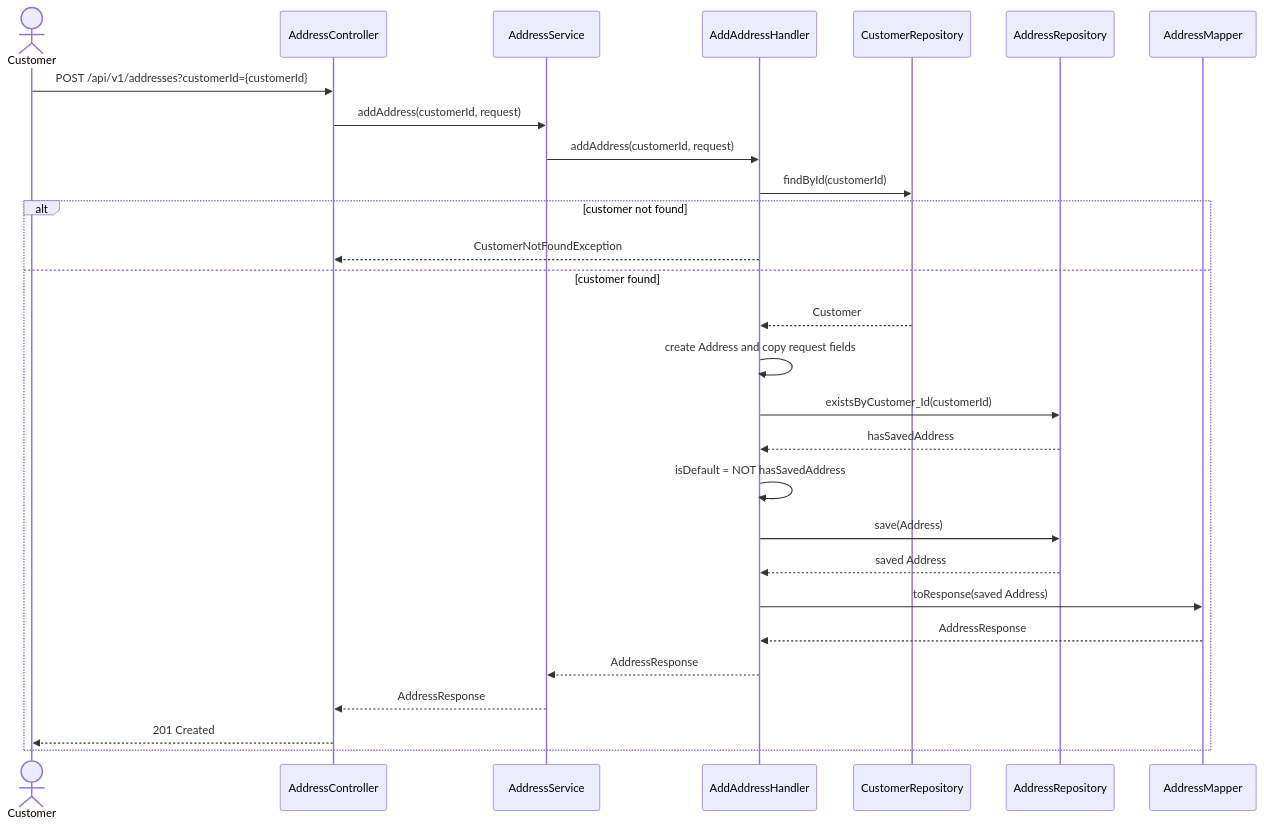
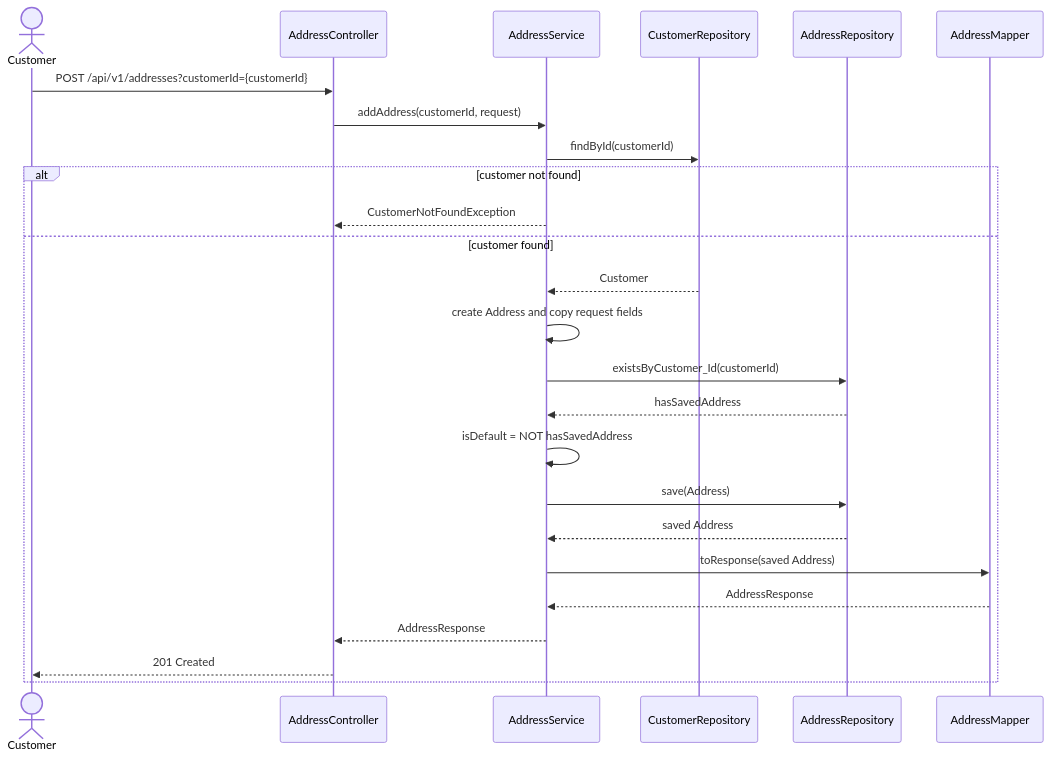
Before and after one commit to msmohammed0077-cmd/mentorship-restaurant: the first of 5 diagrams in restaurant/.docs/use-cases/customer-management/address-management/sequence-diagrams.md, drawn with Mermaid. The commit also changed other lines of this file and 14 other files, not shown here.

````diff
--- a/restaurant/.docs/use-cases/customer-management/address-management/sequence-diagrams.md
+++ b/restaurant/.docs/use-cases/customer-management/address-management/sequence-diagrams.md
@@ -7,31 +7,28 @@
 ```mermaid
 sequenceDiagram
     actor Customer
     participant C as AddressController
-    participant S as AddressService
-    participant H as AddAddressHandler
+    participant H as AddressService
     participant Customers as CustomerRepository
     participant Addresses as AddressRepository
     participant M as AddressMapper
 
     Customer->>C: POST /api/v1/addresses?customerId={customerId}
-    C->>S: addAddress(customerId, request)
-    S->>H: addAddress(customerId, request)
+    C->>H: addAddress(customerId, request)
     H->>Customers: findById(customerId)
     alt customer not found
         H-->>C: CustomerNotFoundException
     else customer found
         Customers-->>H: Customer
         H->>H: create Address and copy request fields
         H->>Addresses: existsByCustomer_Id(customerId)
         Addresses-->>H: hasSavedAddress
         H->>H: isDefault = NOT hasSavedAddress
         H->>Addresses: save(Address)
         Addresses-->>H: saved Address
         H->>M: toResponse(saved Address)
         M-->>H: AddressResponse
-        H-->>S: AddressResponse
-        S-->>C: AddressResponse
+        H-->>C: AddressResponse
         C-->>Customer: 201 Created
     end
 ```
````
